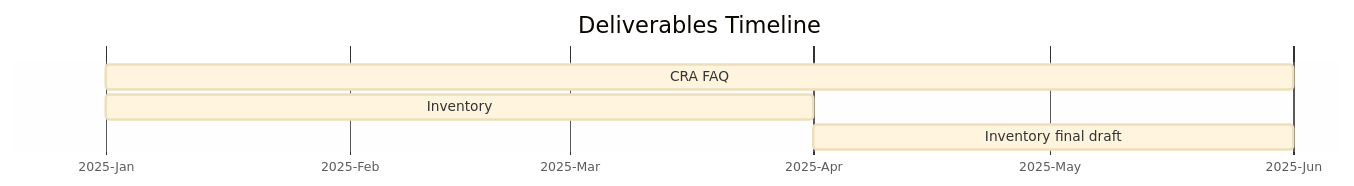
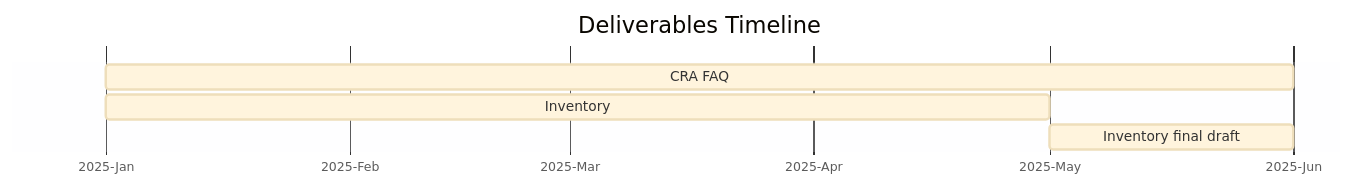
One commit to orcwg/orcwg changed the second of 2 diagrams in cyber-resilience-sig/README.md. Above: the diagram before and after it, drawn with Mermaid. The commit also changed other lines of this file, not shown here.

````diff
--- a/cyber-resilience-sig/README.md
+++ b/cyber-resilience-sig/README.md
@@ -61,11 +61,11 @@
 ```mermaid
 %%{init: {'theme':'base'}}%%
 gantt
     title Deliverables Timeline
     dateFormat  MMMM YYYY
     axisFormat %Y-%b
     tickInterval 1month
     CRA FAQ: January 2025, June 2025
-    Inventory: inventory, January 2025, April 2025
+    Inventory: inventory, January 2025, May 2025
     Inventory final draft: after inventory, June 2025
 ```
````
